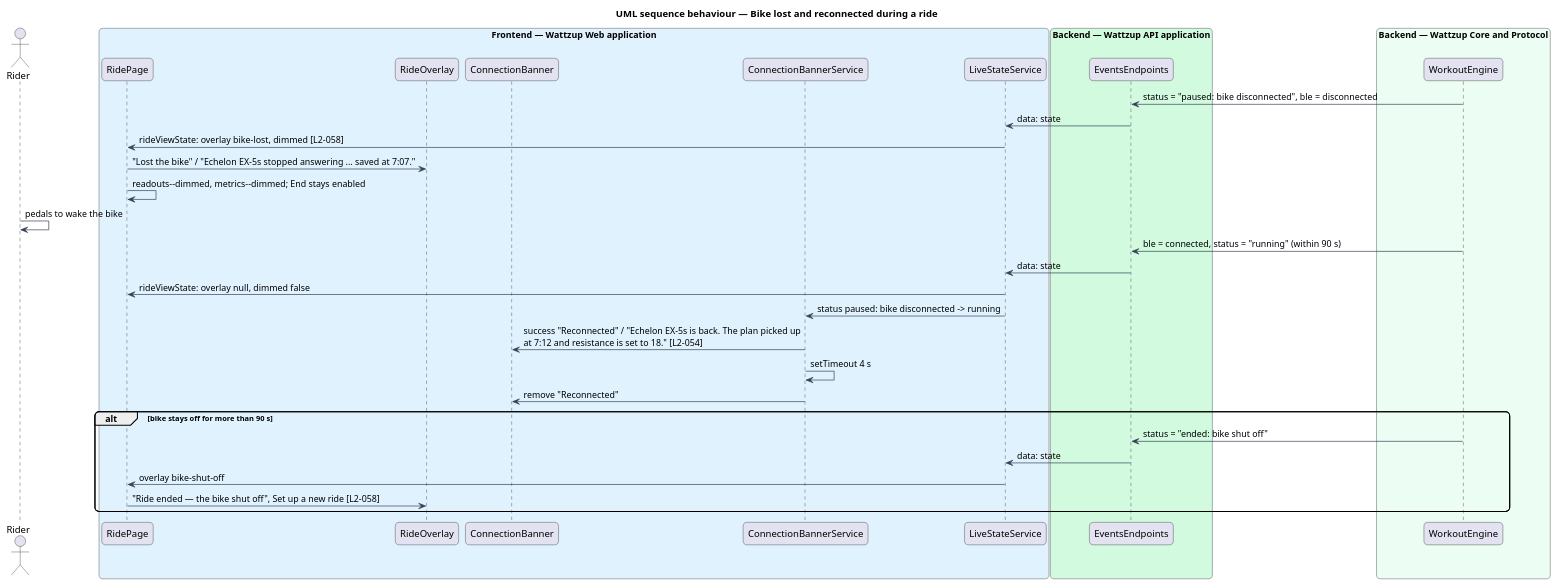
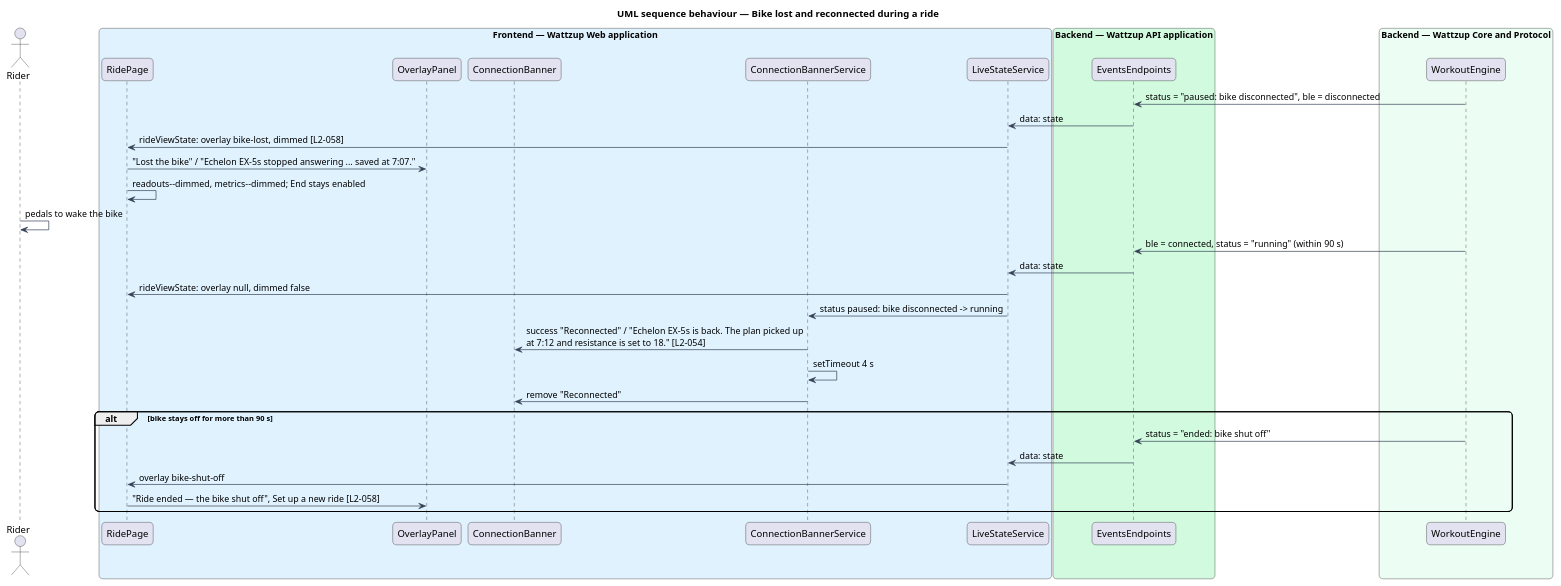
One commit to QuinntyneBrown/ride-one changed the diagram in docs/detailed-designs/dashboard/show-connection-status/diagrams/sequence-bike-lost-and-reconnected.puml. Above: the diagram before and after it, drawn with PlantUML. The commit also changed 65 other files, not shown here.

```diff
--- a/docs/detailed-designs/dashboard/show-connection-status/diagrams/sequence-bike-lost-and-reconnected.puml
+++ b/docs/detailed-designs/dashboard/show-connection-status/diagrams/sequence-bike-lost-and-reconnected.puml
@@ -1,42 +1,42 @@
 @startuml
 title UML sequence behaviour — Bike lost and reconnected during a ride
 skinparam backgroundColor #FFFFFF
 skinparam shadowing false
 skinparam roundcorner 12
 skinparam defaultFontName Arial
 skinparam ArrowColor #344054
 actor "Rider" as rider
 box "Frontend — Wattzup Web application" #E0F2FE
   participant "RidePage" as page
-  participant "RideOverlay" as overlay
+  participant "OverlayPanel" as overlay
   participant "ConnectionBanner" as banner
   participant "ConnectionBannerService" as banners
   participant "LiveStateService" as live
 end box
 box "Backend — Wattzup API application" #D1FADF
   participant "EventsEndpoints" as ep
 end box
 box "Backend — Wattzup Core and Protocol" #ECFDF3
   participant "WorkoutEngine" as engine
 end box
 
 engine -> ep : status = "paused: bike disconnected", ble = disconnected
 ep -> live : data: state
 live -> page : rideViewState: overlay bike-lost, dimmed [L2-058]
 page -> overlay : "Lost the bike" / "Echelon EX-5s stopped answering ... saved at 7:07."
 page -> page : readouts~--dimmed, metrics~--dimmed; End stays enabled
 rider -> rider : pedals to wake the bike
 engine -> ep : ble = connected, status = "running" (within 90 s)
 ep -> live : data: state
 live -> page : rideViewState: overlay null, dimmed false
 live -> banners : status paused: bike disconnected -> running
 banners -> banner : success "Reconnected" / "Echelon EX-5s is back. The plan picked up\nat 7:12 and resistance is set to 18." [L2-054]
 banners -> banners : setTimeout 4 s
 banners -> banner : remove "Reconnected"
 alt bike stays off for more than 90 s
   engine -> ep : status = "ended: bike shut off"
   ep -> live : data: state
   live -> page : overlay bike-shut-off
   page -> overlay : "Ride ended — the bike shut off", Set up a new ride [L2-058]
 end
 @enduml
```
